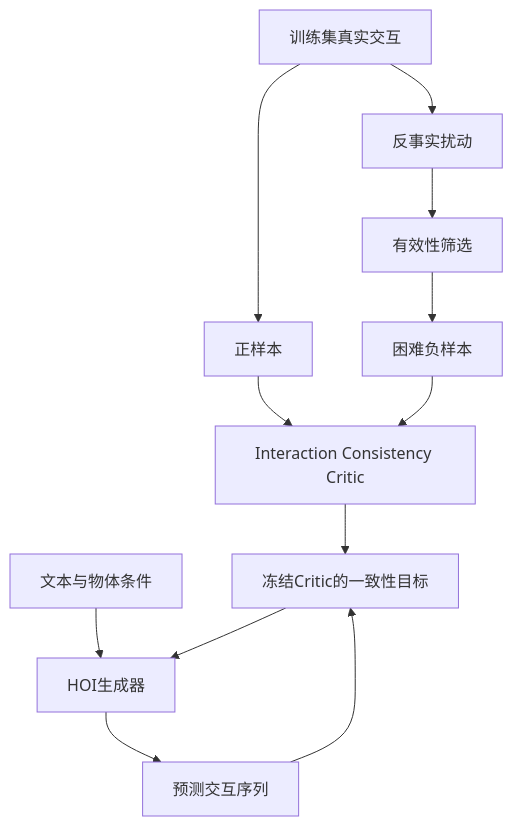
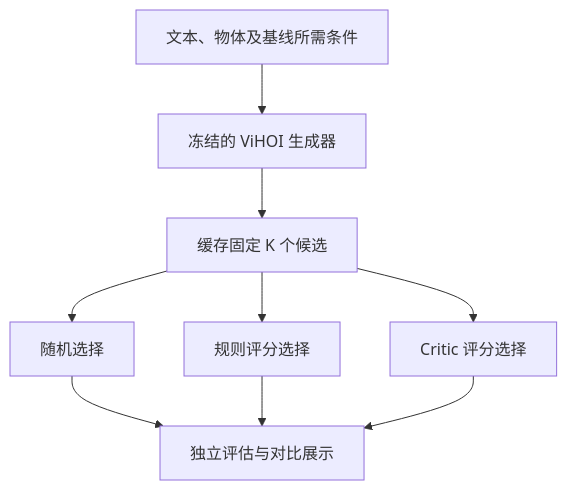
Before and after one commit to Davidyangneymar/3DHOI: the diagram in README.md, drawn with Mermaid. The commit also changed other lines of this file, not shown here.

````diff
--- a/README.md
+++ b/README.md
@@ -80,14 +57,11 @@
 ```mermaid
 flowchart TD
-    A[训练集真实交互] --> B[正样本]
-    A --> C[反事实扰动]
-    C --> D[有效性筛选]
-    D --> E[困难负样本]
-    B --> F[Interaction Consistency Critic]
-    E --> F
-    G[文本与物体条件] --> H[HOI生成器]
-    H --> I[预测交互序列]
-    F --> J[冻结Critic的一致性目标]
-    I --> J
-    J --> H
+    A[文本、物体及基线所需条件] --> B[冻结的 ViHOI 生成器]
+    B --> C[缓存固定 K 个候选]
+    C --> D[随机选择]
+    C --> E[规则评分选择]
+    C --> F[Critic 评分选择]
+    D --> G[独立评估与对比展示]
+    E --> G
+    F --> G
 ```
````
